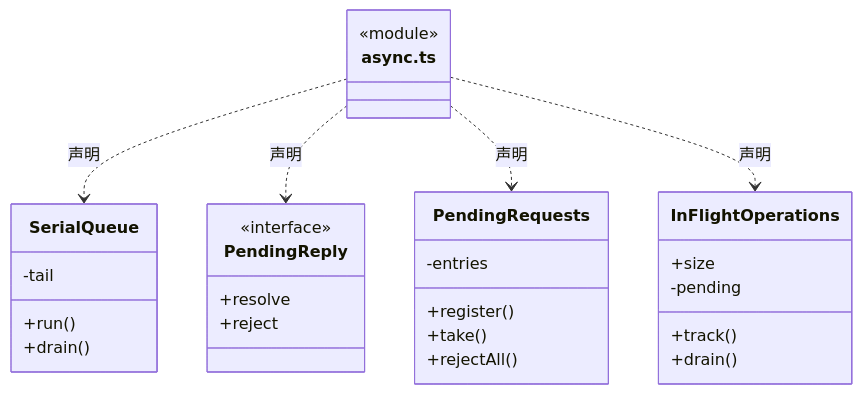
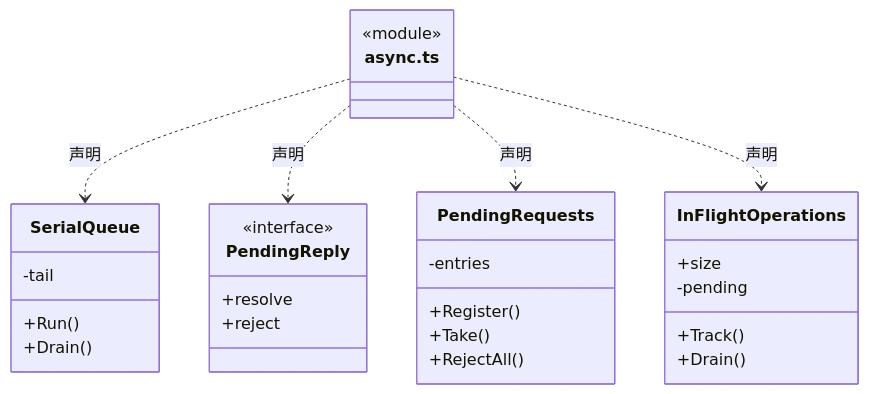
Before and after one commit to nan023062/cbim: the first of 8 diagrams in src/core/utility/ARCHITECTURE.md, drawn with Mermaid. The commit also changed other lines of this file and 1035 other files, not shown here.

````diff
--- a/src/core/utility/ARCHITECTURE.md
+++ b/src/core/utility/ARCHITECTURE.md
@@ -28,32 +28,32 @@
 ```mermaid
 classDiagram
 class N_src_core_utility_async_ts["async.ts"] {
   <<module>>
 }
 class N_src_core_utility_async_ts_SerialQueue["SerialQueue"] {
-  +run()
-  +drain()
+  +Run()
+  +Drain()
   -tail
 }
 N_src_core_utility_async_ts ..> N_src_core_utility_async_ts_SerialQueue : 声明
 class N_src_core_utility_async_ts_PendingReply["PendingReply"] {
   <<interface>>
   +resolve
   +reject
 }
 N_src_core_utility_async_ts ..> N_src_core_utility_async_ts_PendingReply : 声明
 class N_src_core_utility_async_ts_PendingRequests["PendingRequests"] {
-  +register()
-  +take()
-  +rejectAll()
+  +Register()
+  +Take()
+  +RejectAll()
   -entries
 }
 N_src_core_utility_async_ts ..> N_src_core_utility_async_ts_PendingRequests : 声明
 class N_src_core_utility_async_ts_InFlightOperations["InFlightOperations"] {
   +size
-  +track()
-  +drain()
+  +Track()
+  +Drain()
   -pending
 }
 N_src_core_utility_async_ts ..> N_src_core_utility_async_ts_InFlightOperations : 声明
 ```
````
